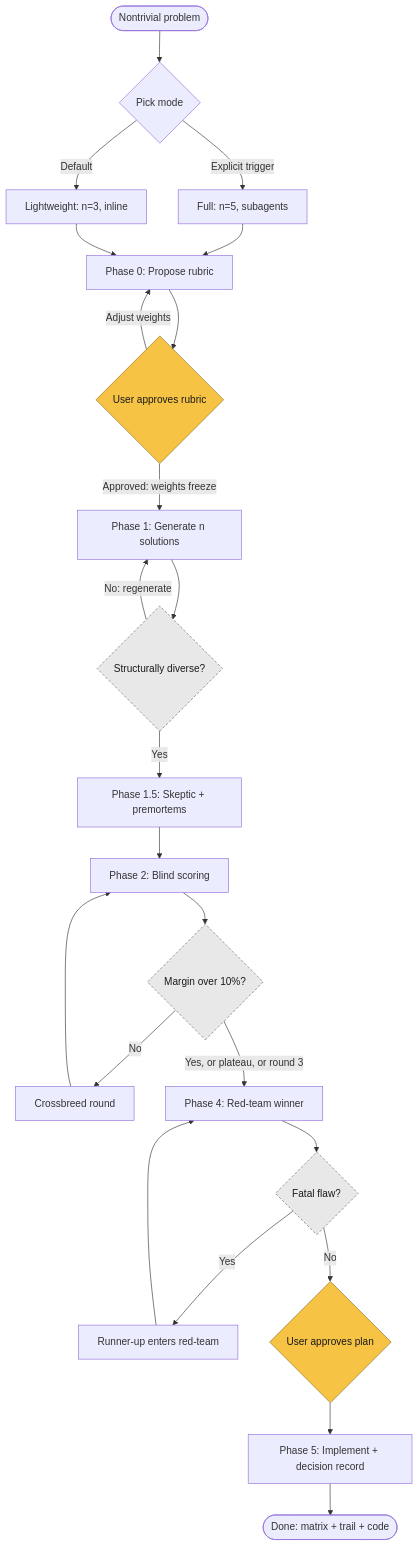
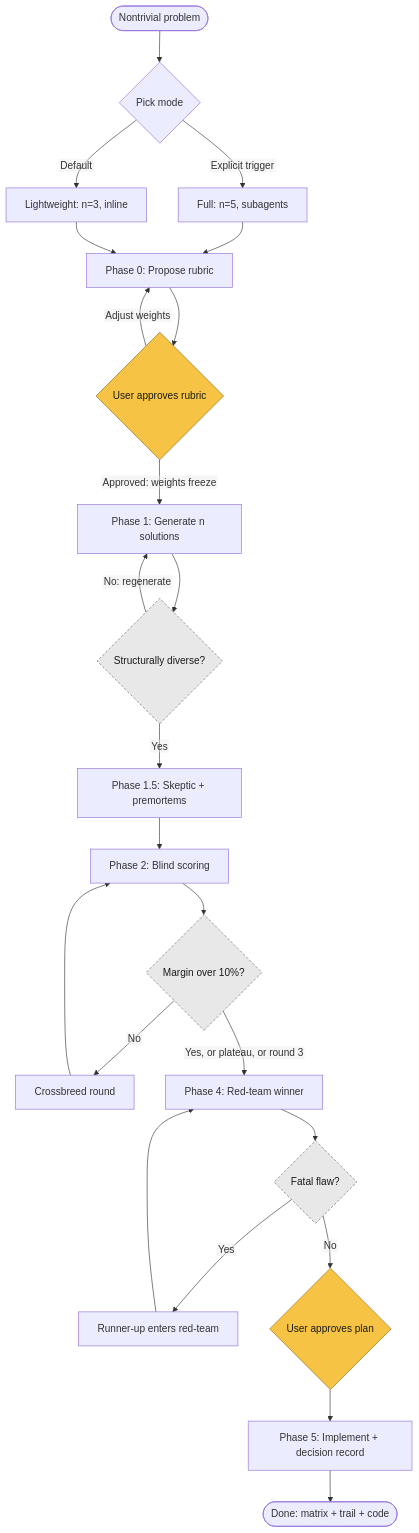
Before and after one commit to rwshiraishi/solution-tournament: the first of 2 diagrams in README.md, drawn with Mermaid. The commit also changed other lines of this file, not shown here.

Commit message:
fix: force SVG text labels so GitHub's mermaid stops clipping node text
GitHub renders mermaid in a sandboxed iframe where text is measured
in a different font than it displays, cutting the last characters of
node labels. htmlLabels:false renders labels as native SVG text so
measurement matches display; arial is pinned as a font the sandbox
actually has.

````diff
--- a/README.md
+++ b/README.md
@@ -17,36 +17,37 @@
 ```mermaid
+%%{init: {"flowchart": {"htmlLabels": false}, "themeVariables": {"fontFamily": "arial"}}}%%
 flowchart TD
     Start([Nontrivial problem]) --> Mode{Pick mode}
     Mode -->|Explicit trigger| Full[Full: n=5, subagents]
     Mode -->|Default| LW[Lightweight: n=3, inline]
 
     Full --> P0
     LW --> P0
 
     P0[Phase 0: Propose rubric] --> Approve{User approves rubric}
     Approve -->|Adjust weights| P0
     Approve -->|Approved: weights freeze| P1
 
     P1[Phase 1: Generate n solutions] --> Diverse{Structurally diverse?}
     Diverse -->|No: regenerate| P1
     Diverse -->|Yes| P15
 
     P15[Phase 1.5: Skeptic + premortems] --> P2
     P2[Phase 2: Blind scoring] --> Gate{Margin over 10%?}
 
     Gate -->|No| Cross[Crossbreed round]
     Cross --> P2
     Gate -->|Yes, or plateau, or round 3| P4
 
     P4[Phase 4: Red-team winner] --> Fatal{Fatal flaw?}
     Fatal -->|Yes| Runner[Runner-up enters red-team]
     Runner --> P4
     Fatal -->|No| Plan{User approves plan}
     Plan --> P5[Phase 5: Implement + decision record]
     P5 --> End([Done: matrix + trail + code])
 
     classDef user fill:#f6c344,stroke:#8a6d1a,color:#1a1a1a
     classDef mech fill:#e8e8e8,stroke:#666,color:#1a1a1a,stroke-dasharray: 4 3
     class Approve,Plan user
     class Diverse,Gate,Fatal mech
 ```
````
